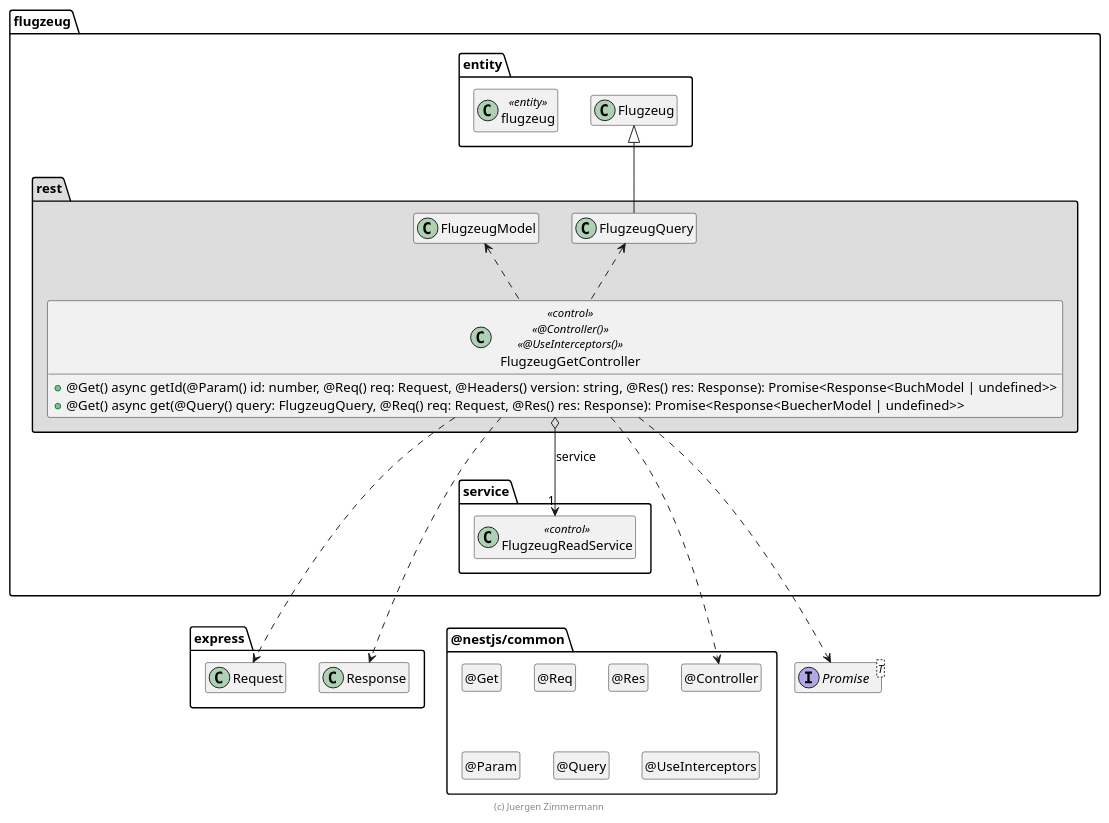
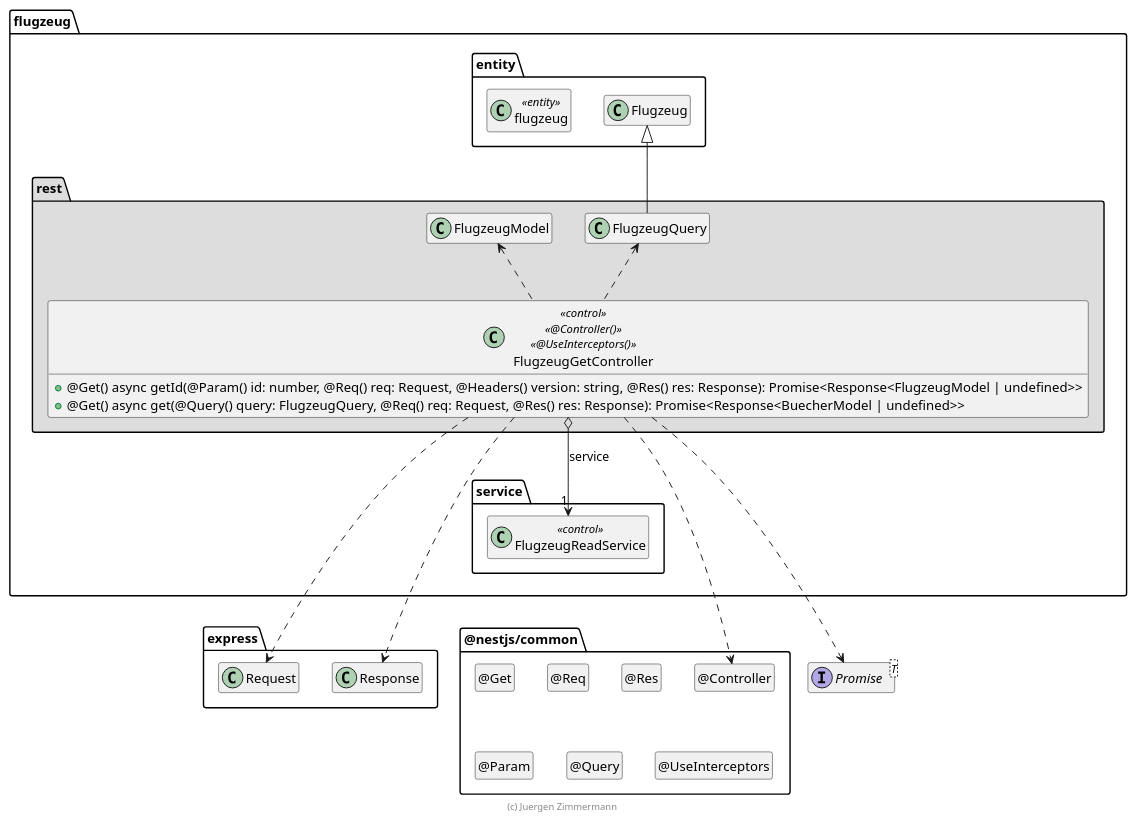
One commit to justinp3r/flugzeug-server changed the diagram in .extras/doc/projekthandbuch/FlugzeugGetController.plantuml. Above: the diagram before and after it, drawn with PlantUML. The commit also changed 19 other files, not shown here.

```diff
--- a/.extras/doc/projekthandbuch/FlugzeugGetController.plantuml
+++ b/.extras/doc/projekthandbuch/FlugzeugGetController.plantuml
@@ -18,74 +18,74 @@
 @startuml Controller-Klasse
 
 interface Promise<T>
 
 package @nestjs/common {
   class "@Controller" as Controller
   hide Controller circle
 
   class "@Get" as Get
   hide Get circle
 
   class "@Req" as Req
   hide Req circle
 
   class "@Res" as Res
   hide Res circle
 
   class "@Param" as Param
   hide Param circle
 
   class "@Query" as Query
   hide Query circle
 
   class "@UseInterceptors" as UseInterceptors
   hide UseInterceptors circle
 }
 
 package express {
   class Request
   class Response
 
   Response .[hidden].> Controller
 }
 
 package flugzeug {
   package entity #FFFFFF {
     class flugzeug <<entity>>
 
     Flugzeug .[hidden].> Promise
     Flugzeug .[hidden].> Request
   }
 
   package service {
     class FlugzeugReadService << control >>
   }
 
   package rest #DDDDDD {
     FlugzeugQuery -up-|> Flugzeug
 
     class FlugzeugGetController << control >> << @Controller() >> << @UseInterceptors() >> {
-      + @Get() async getId(@Param() id: number, @Req() req: Request, @Headers() version: string, @Res() res: Response): Promise<Response<BuchModel | undefined>>
+      + @Get() async getId(@Param() id: number, @Req() req: Request, @Headers() version: string, @Res() res: Response): Promise<Response<FlugzeugModel | undefined>>
       + @Get() async get(@Query() query: FlugzeugQuery, @Req() req: Request,  @Res() res: Response): Promise<Response<BuecherModel | undefined>>
     }
 
     FlugzeugGetController o--> "1" FlugzeugReadService : service
 
     FlugzeugGetController ..> Controller
     FlugzeugGetController ..> Request
     FlugzeugGetController ..> Response
     FlugzeugGetController ..> Promise
     FlugzeugGetController .up.> FlugzeugModel
     FlugzeugGetController .up.> FlugzeugQuery
 
     FlugzeugReadService .[hidden].> Request
     FlugzeugReadService .[hidden].> Promise
     Response .right[hidden].> Controller
   }
 }
 
 hide empty members
 
 footer (c) Juergen Zimmermann
 
 @enduml
```
